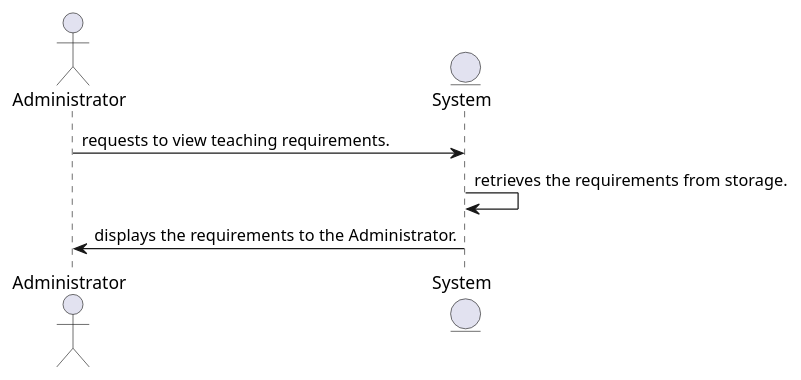
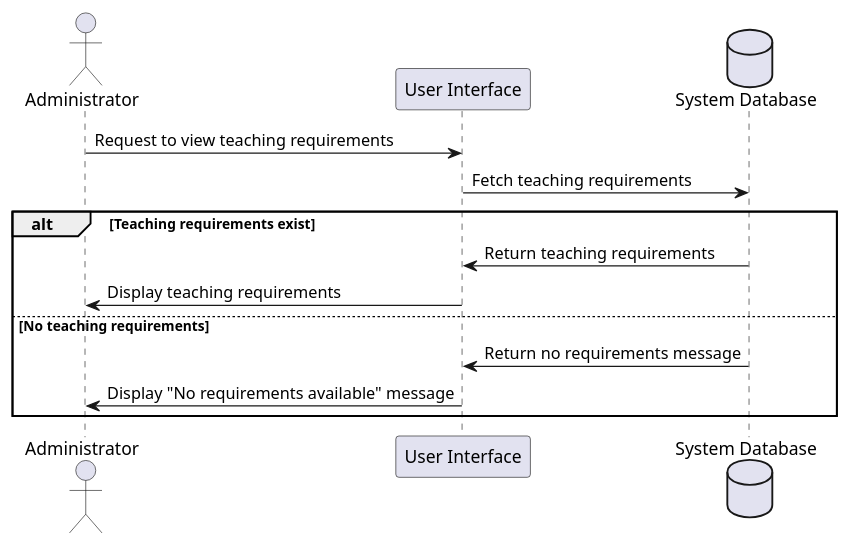
One commit to rkerkides/Teacher-Management-App changed the diagram in Diagrams/Sequence Diagrams/UserStory2.puml. Above: the diagram before and after it, drawn with PlantUML. The commit also changed 8 other files, not shown here.

Commit message:
update diagrams

```diff
--- a/Diagrams/Sequence Diagrams/UserStory2.puml
+++ b/Diagrams/Sequence Diagrams/UserStory2.puml
@@ -1,7 +1,15 @@
 @startuml
-actor Administrator
-entity System
-Administrator -> System: requests to view teaching requirements.
-System -> System: retrieves the requirements from storage.
-System -> Administrator: displays the requirements to the Administrator.
+actor "Administrator" as Admin
+participant "User Interface" as UI
+database "System Database" as DB
+
+Admin -> UI : Request to view teaching requirements
+UI -> DB : Fetch teaching requirements
+alt Teaching requirements exist
+    DB -> UI : Return teaching requirements
+    UI -> Admin : Display teaching requirements
+else No teaching requirements
+    DB -> UI : Return no requirements message
+    UI -> Admin : Display "No requirements available" message
+end
 @enduml
```
